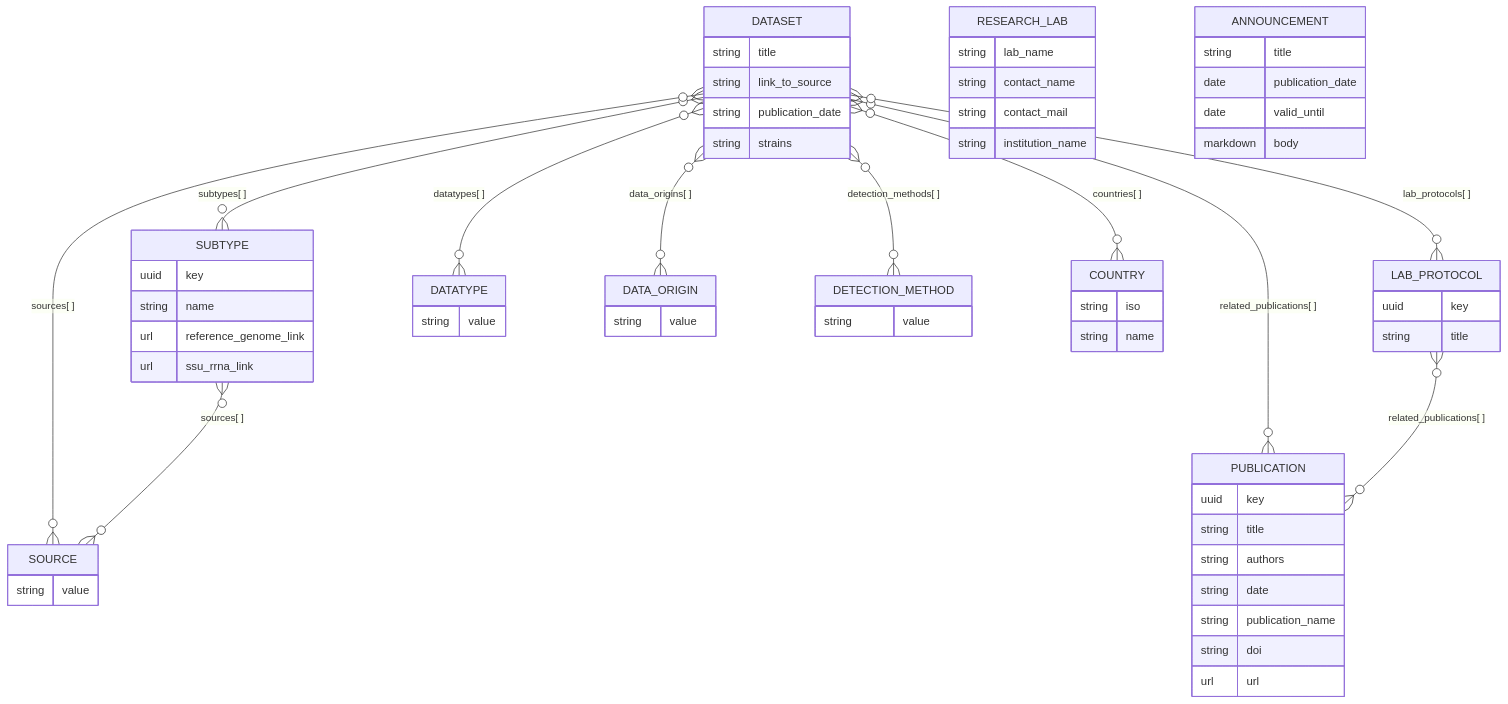
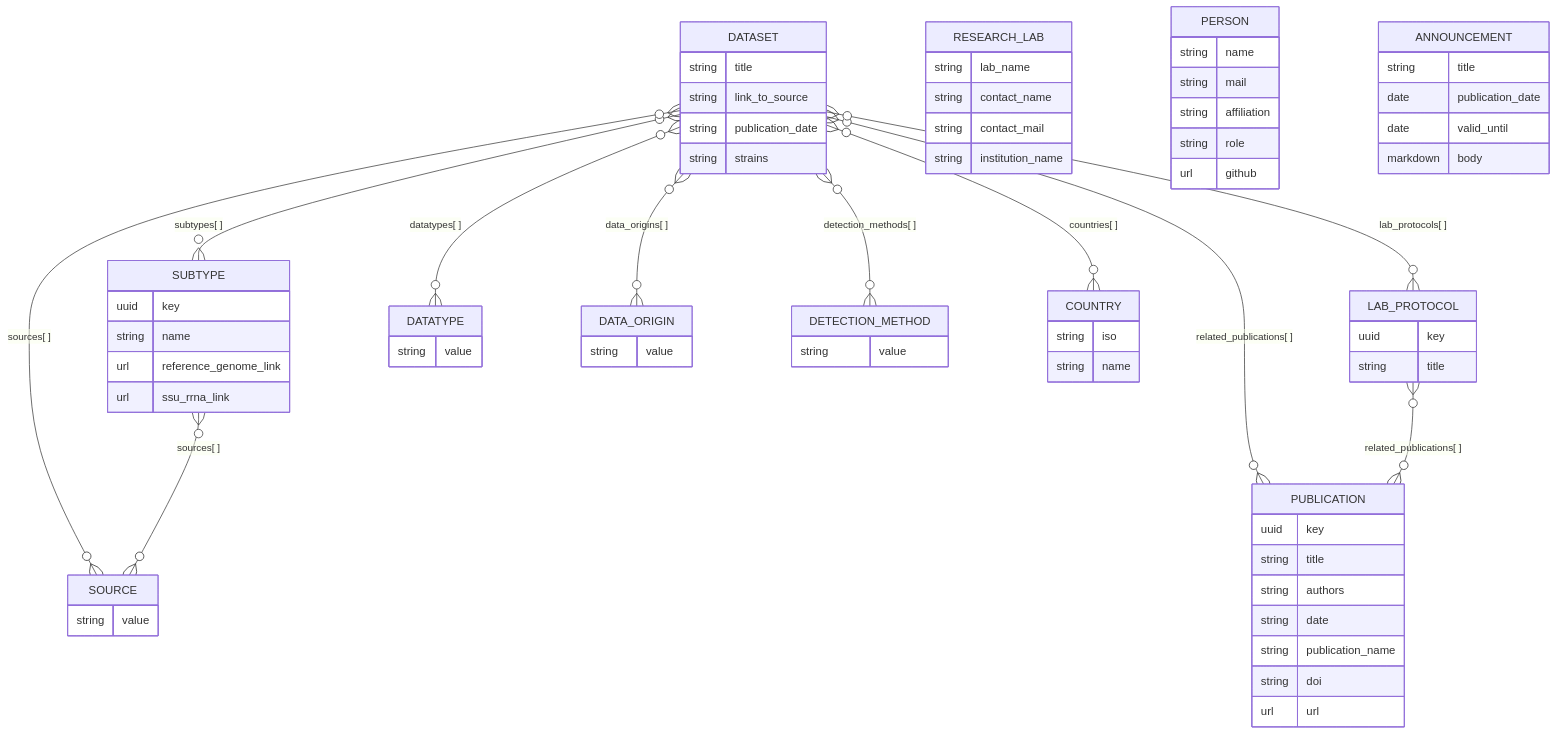
The diagram in content/documentation/technical/datastructure/index.md (Tsaousis-Lab/blastodb), drawn with Mermaid before and after one commit. The commit also changed 11 other files, not shown here.

```diff
--- a/content/documentation/technical/datastructure/index.md
+++ b/content/documentation/technical/datastructure/index.md
@@ -18,67 +18,74 @@
 <pre class="mermaid">
 erDiagram
     DATASET }o--o{ SUBTYPE : "subtypes[ ]"
     DATASET }o--o{ PUBLICATION : "related_publications[ ]"
     DATASET }o--o{ LAB_PROTOCOL : "lab_protocols[ ]"
     LAB_PROTOCOL }o--o{ PUBLICATION : "related_publications[ ]"
     DATASET }o--o{ DATATYPE : "datatypes[ ]"
     DATASET }o--o{ SOURCE : "sources[ ]"
     DATASET }o--o{ DATA_ORIGIN : "data_origins[ ]"
     DATASET }o--o{ DETECTION_METHOD : "detection_methods[ ]"
     DATASET }o--o{ COUNTRY : "countries[ ]"
     SUBTYPE }o--o{ SOURCE : "sources[ ]"
 
     DATASET {
         string title
         string link_to_source
         string publication_date
         string strains
     }
     SUBTYPE {
         uuid key
         string name
         url reference_genome_link
         url ssu_rrna_link
     }
     PUBLICATION {
         uuid key
         string title
         string authors
         string date
         string publication_name
         string doi
         url url
     }
     LAB_PROTOCOL {
         uuid key
         string title
     }
     RESEARCH_LAB {
         string lab_name
         string contact_name
         string contact_mail
         string institution_name
     }
+    PERSON {
+        string name
+        string mail
+        string affiliation
+        string role
+        url github
+    }
     ANNOUNCEMENT {
         string title
         date publication_date
         date valid_until
         markdown body
     }
     DATATYPE {
         string value
     }
     SOURCE {
         string value
     }
     DATA_ORIGIN {
         string value
     }
     DETECTION_METHOD {
         string value
     }
     COUNTRY {
         string iso
         string name
     }
 </pre>
```
